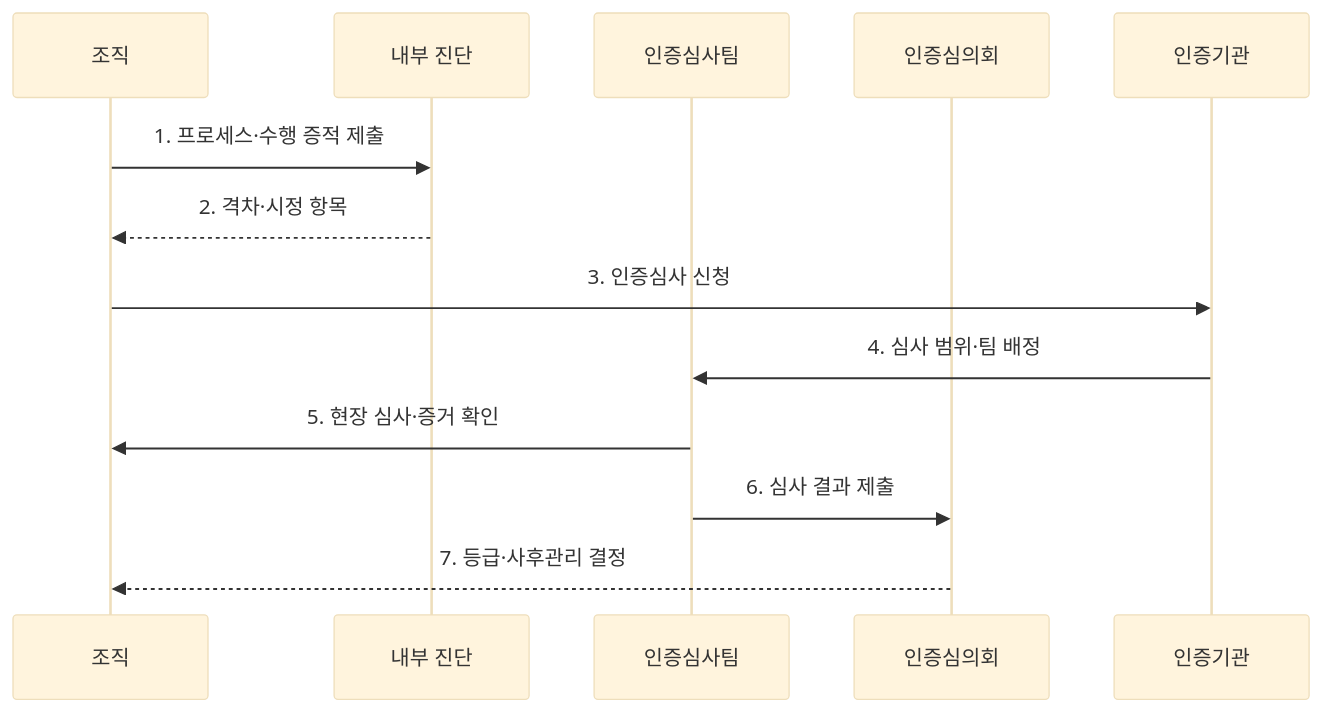
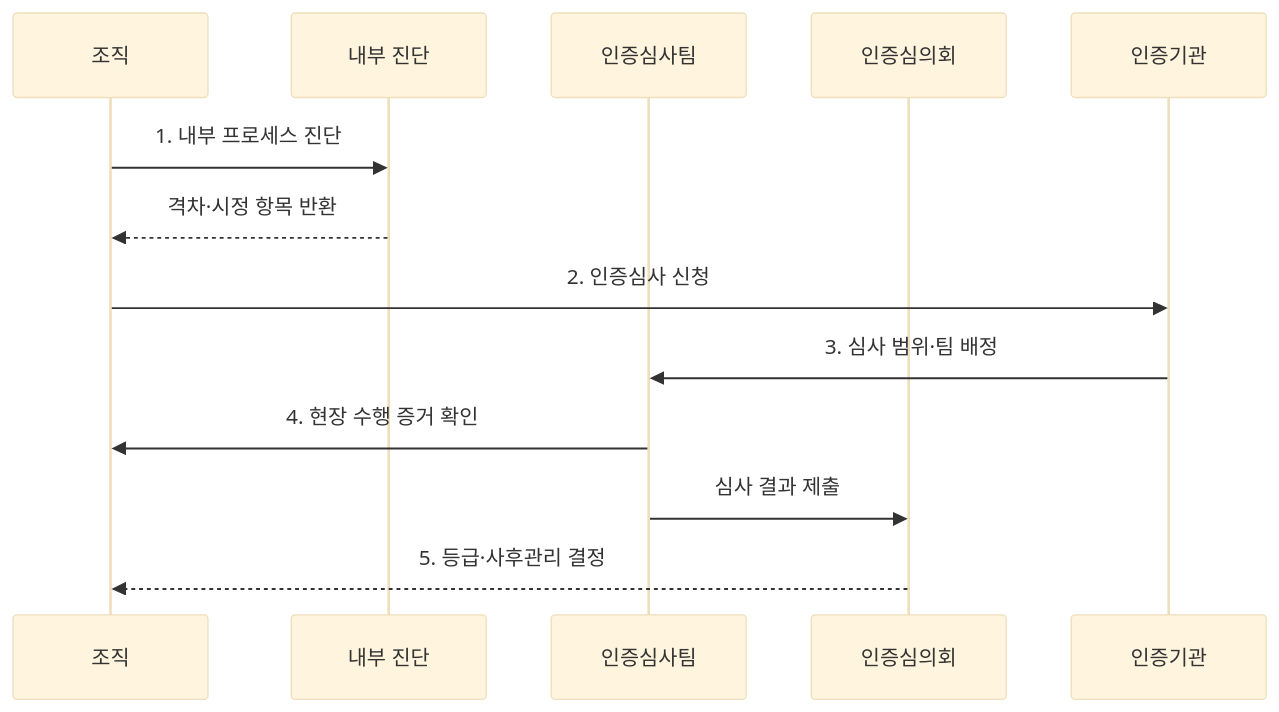
The second of 2 diagrams in src/content/docs/notes/03-software/080_sp_software_process_quality_certification.md (agnusdei1207/knowledge-base), drawn with Mermaid (base theme) before and after one commit. The commit also changed other lines of this file and 238 other files, not shown here.

````diff
--- a/src/content/docs/notes/03-software/080_sp_software_process_quality_certification.md
+++ b/src/content/docs/notes/03-software/080_sp_software_process_quality_certification.md
@@ -81,15 +81,15 @@
 ```mermaid
 sequenceDiagram
     participant O as 조직
     participant D as 내부 진단
     participant A as 인증심사팀
     participant C as 인증심의회
     participant N as 인증기관
-    O->>D: 1. 프로세스·수행 증적 제출
-    D-->>O: 2. 격차·시정 항목
-    O->>N: 3. 인증심사 신청
-    N->>A: 4. 심사 범위·팀 배정
-    A->>O: 5. 현장 심사·증거 확인
-    A->>C: 6. 심사 결과 제출
-    C-->>O: 7. 등급·사후관리 결정
+    O->>D: 1. 내부 프로세스 진단
+    D-->>O: 격차·시정 항목 반환
+    O->>N: 2. 인증심사 신청
+    N->>A: 3. 심사 범위·팀 배정
+    A->>O: 4. 현장 수행 증거 확인
+    A->>C: 심사 결과 제출
+    C-->>O: 5. 등급·사후관리 결정
 ```
````
